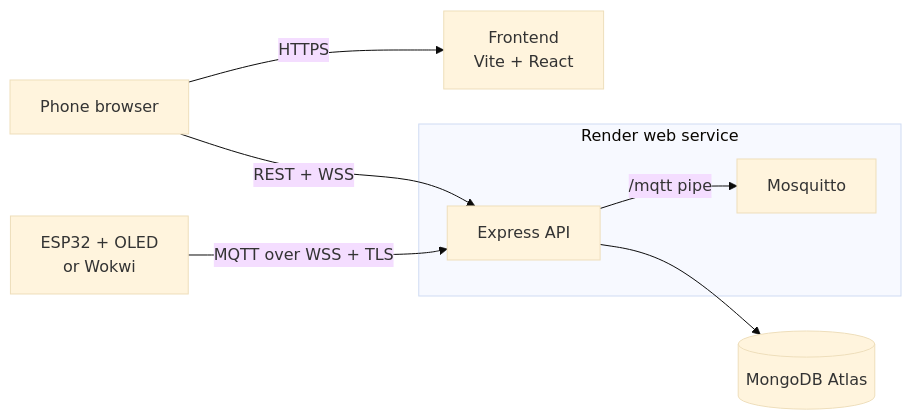
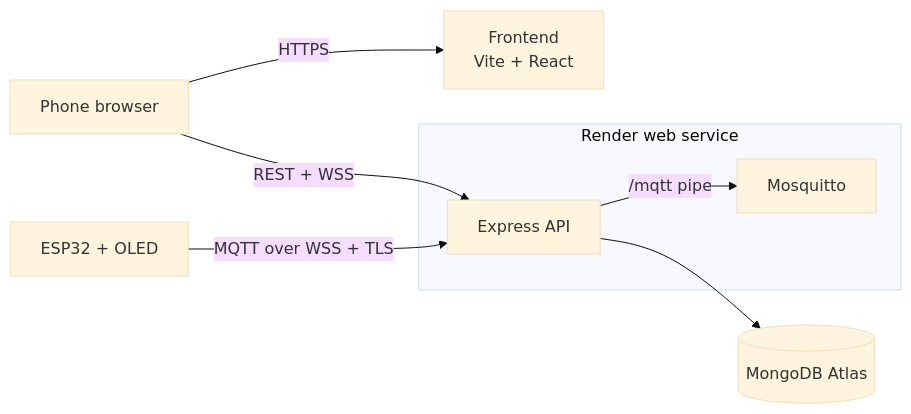
Before and after one commit to sonal-monis-10/embedded--learning: the diagram in esp32-oled/README.md, drawn with Mermaid (base theme). The commit also changed other lines of this file and 8 other files, not shown here.

First line of the commit message:
docs: hosted-backend quick start, wiring diagram, no Wokwi

````diff
--- a/esp32-oled/README.md
+++ b/esp32-oled/README.md
@@ -17,10 +19,10 @@
 ```mermaid
 graph LR
     Phone[Phone browser] -->|HTTPS| Frontend[Frontend<br/>Vite + React]
     Phone -->|REST + WSS| API[Express API]
     subgraph render [Render web service]
         API -->|/mqtt pipe| Broker[Mosquitto]
     end
     API --> DB[(MongoDB Atlas)]
-    Device[ESP32 + OLED<br/>or Wokwi] -->|MQTT over WSS + TLS| API
+    Device[ESP32 + OLED] -->|MQTT over WSS + TLS| API
 ```
````
